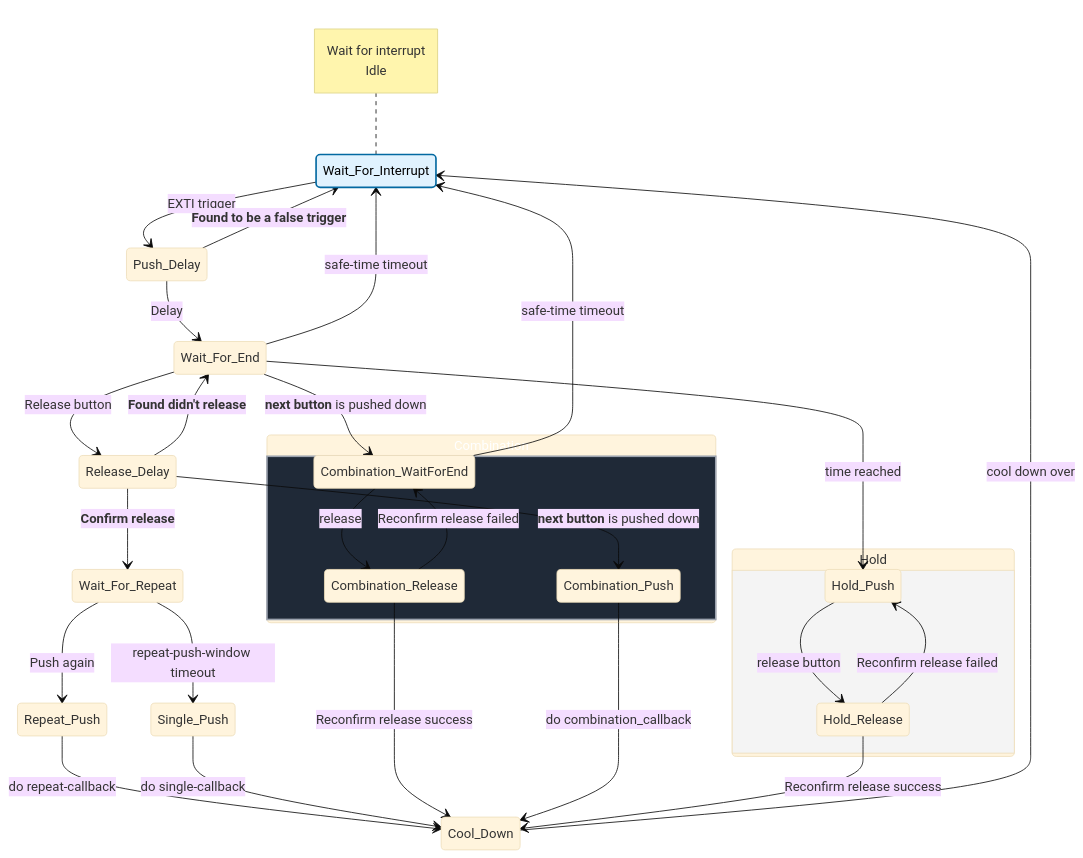
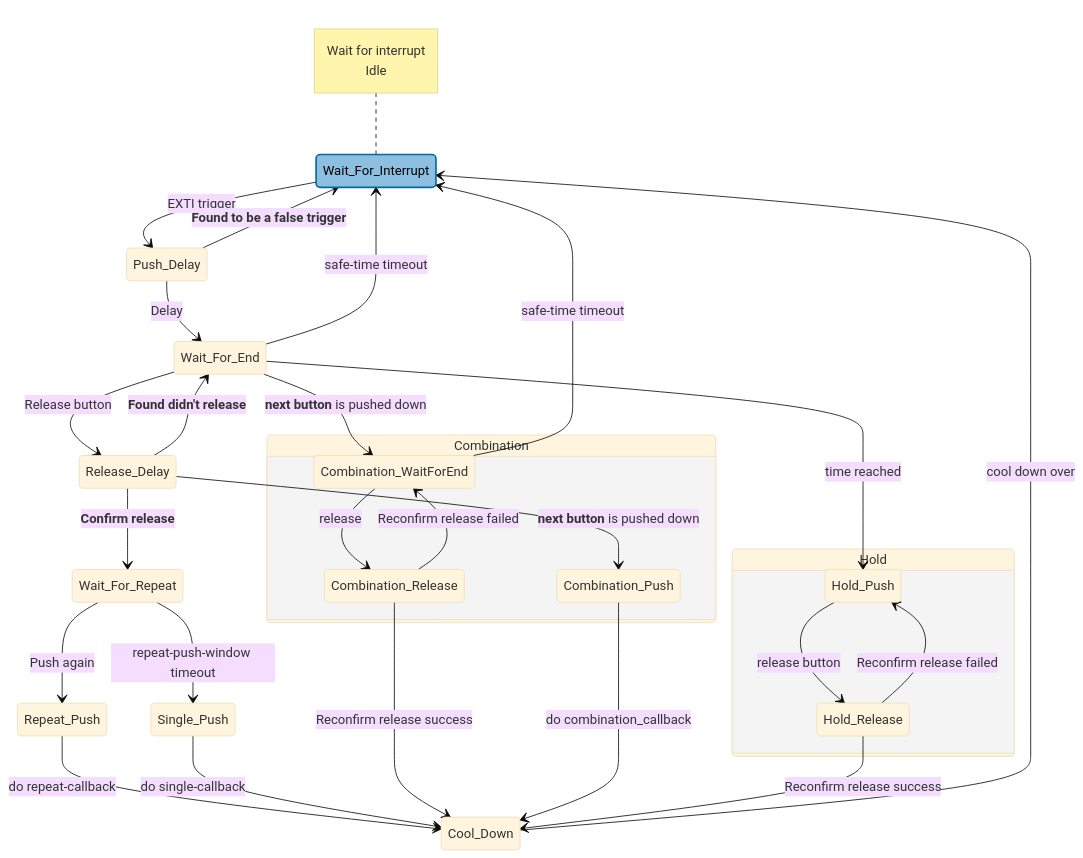
Before and after one commit to Kim-J-Smith/Simple-Button: the diagram in README.md, drawn with Mermaid (base theme). The commit also changed 1 other file, not shown here.

Commit message:
WIP : docs : graph new color

````diff
--- a/README.md
+++ b/README.md
@@ -660,59 +660,56 @@
 ```mermaid
 
 stateDiagram-v2
 
-    classDef Begin_Point_State fill:#e0f2fe,stroke:#0369a1,stroke-width:2px,color:black
+    classDef Begin_Point_State fill: #8dbfe0ff,stroke:#0369a1,stroke-width:2px,color:black
     class Wait_For_Interrupt Begin_Point_State
     
     %% Core States
     Wait_For_Interrupt --> Push_Delay: EXTI trigger
     Push_Delay --> Wait_For_End: Delay
     Push_Delay --> Wait_For_Interrupt: **Found to be a false trigger**
     Wait_For_End --> Release_Delay: Release button
     Release_Delay --> Wait_For_End: **Found didn't release**
     Release_Delay --> Wait_For_Repeat: **Confirm release**
     Wait_For_Repeat --> Repeat_Push: Push again
     Wait_For_Repeat --> Single_Push: repeat-push-window timeout
     Repeat_Push --> Cool_Down: do repeat-callback
     Single_Push --> Cool_Down: do single-callback
     Cool_Down --> Wait_For_Interrupt: cool down over
     
     %% Comination Button 
 
     Wait_For_End --> Combination_WaitForEnd: **next button** is pushed down
-
-    classDef processState fill:#1f2937,stroke:#9ca3af,stroke-width:2px,color:white
-    class Combination processState
 
     state Combination {
         Combination_WaitForEnd
         Combination_Release
         Combination_Push
     }
 
     Combination_WaitForEnd --> Combination_Release: release
     Combination_Release --> Combination_WaitForEnd: Reconfirm release failed
     Combination_Release --> Cool_Down: Reconfirm release success
 
     Release_Delay --> Combination_Push: **next button** is pushed down
     Combination_Push --> Cool_Down: do combination_callback
     
     state Hold {
         Hold_Push
         Hold_Release
     }
 
     Wait_For_End --> Hold_Push: time reached
     Hold_Push --> Hold_Release: release button
     Hold_Release --> Hold_Push: Reconfirm release failed
     Hold_Release --> Cool_Down: Reconfirm release success
 
     Wait_For_End --> Wait_For_Interrupt: safe-time timeout
     Combination_WaitForEnd --> Wait_For_Interrupt: safe-time timeout
     
     note left of Wait_For_Interrupt
         Wait for interrupt
         Idle
     end note
 
 ```
````
